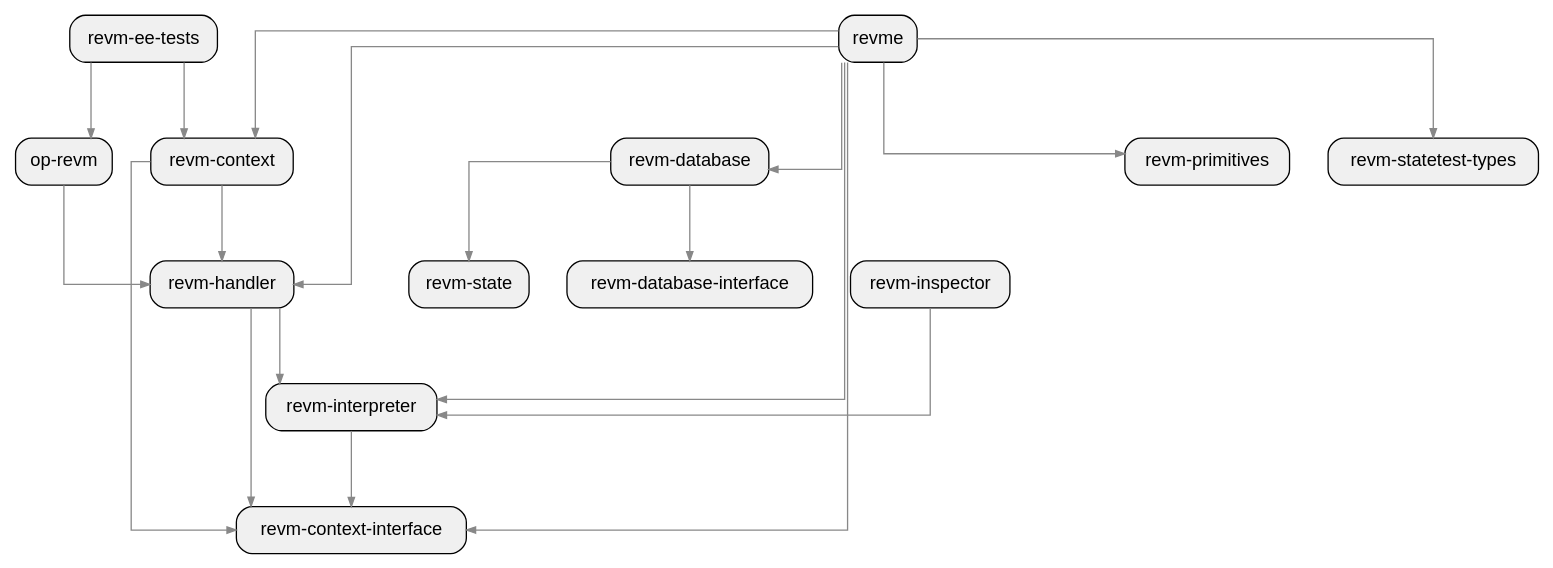
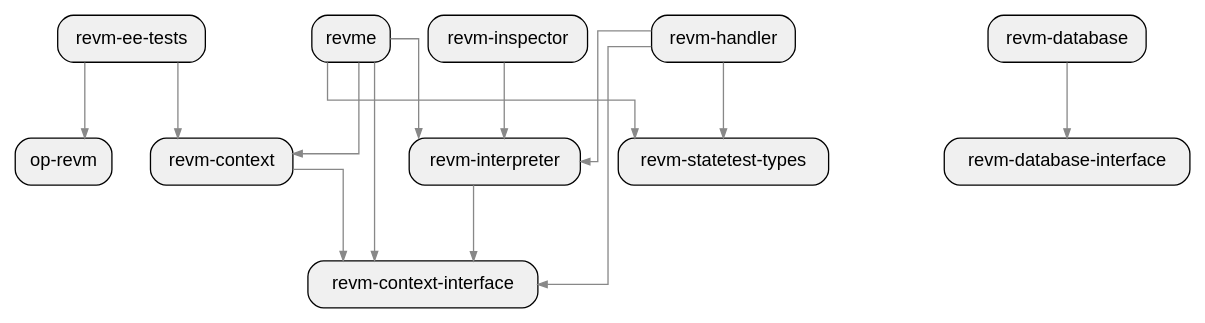
Before and after one commit to allenanswerzq/llmcc: the diagram in sample/rust/revm/depth_1_crate.dot, drawn with Graphviz. The commit also changed 313 other files, not shown here.

```diff
--- a/sample/rust/revm/depth_1_crate.dot
+++ b/sample/rust/revm/depth_1_crate.dot
@@ -1,46 +1,39 @@
 digraph architecture {
   rankdir=TB;
   ranksep=0.8;
   nodesep=0.4;
   splines=ortho;
   concentrate=true;
 
   node [shape=box, style="rounded,filled", fillcolor="#f0f0f0", fontname="Helvetica"];
   edge [color="#888888", arrowsize=0.7];
 
   labelloc=t;
   fontsize=16;
 
   crate_op_revm[label="op-revm", path="/home/yibai/llmcc/sample/repos/revm/crates/op-revm"];
   crate_revm_context[label="revm-context", path="/home/yibai/llmcc/sample/repos/revm/crates/context"];
   crate_revm_context_interface[label="revm-context-interface", path="/home/yibai/llmcc/sample/repos/revm/crates/context/interface"];
   crate_revm_database[label="revm-database", path="/home/yibai/llmcc/sample/repos/revm/crates/database"];
   crate_revm_database_interface[label="revm-database-interface", path="/home/yibai/llmcc/sample/repos/revm/crates/database/interface"];
   crate_revm_ee_tests[label="revm-ee-tests", path="/home/yibai/llmcc/sample/repos/revm/crates/ee-tests"];
   crate_revm_handler[label="revm-handler", path="/home/yibai/llmcc/sample/repos/revm/crates/handler"];
   crate_revm_inspector[label="revm-inspector", path="/home/yibai/llmcc/sample/repos/revm/crates/inspector"];
   crate_revm_interpreter[label="revm-interpreter", path="/home/yibai/llmcc/sample/repos/revm/crates/interpreter"];
-  crate_revm_primitives[label="revm-primitives", path="/home/yibai/llmcc/sample/repos/revm/crates/primitives"];
-  crate_revm_state[label="revm-state", path="/home/yibai/llmcc/sample/repos/revm/crates/state"];
   crate_revm_statetest_types[label="revm-statetest-types", path="/home/yibai/llmcc/sample/repos/revm/crates/statetest-types"];
   crate_revme[label="revme", path="/home/yibai/llmcc/sample/repos/revm/bins/revme"];
 
-  crate_op_revm -> crate_revm_handler;
   crate_revm_context -> crate_revm_context_interface;
-  crate_revm_context -> crate_revm_handler;
   crate_revm_database -> crate_revm_database_interface;
-  crate_revm_database -> crate_revm_state;
   crate_revm_ee_tests -> crate_op_revm;
   crate_revm_ee_tests -> crate_revm_context;
   crate_revm_handler -> crate_revm_context_interface;
   crate_revm_handler -> crate_revm_interpreter;
+  crate_revm_handler -> crate_revm_statetest_types;
   crate_revm_inspector -> crate_revm_interpreter;
   crate_revm_interpreter -> crate_revm_context_interface;
   crate_revme -> crate_revm_context;
   crate_revme -> crate_revm_context_interface;
-  crate_revme -> crate_revm_database;
-  crate_revme -> crate_revm_handler;
   crate_revme -> crate_revm_interpreter;
-  crate_revme -> crate_revm_primitives;
   crate_revme -> crate_revm_statetest_types;
 }
```
